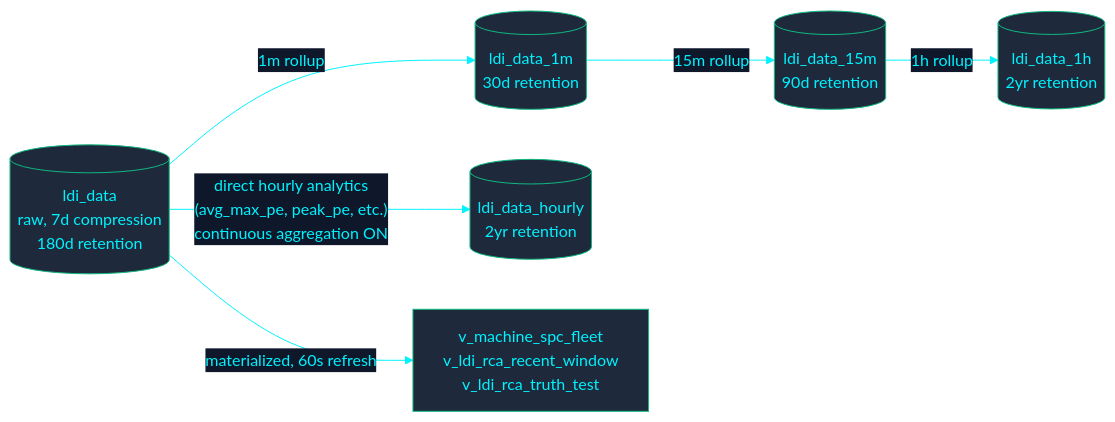
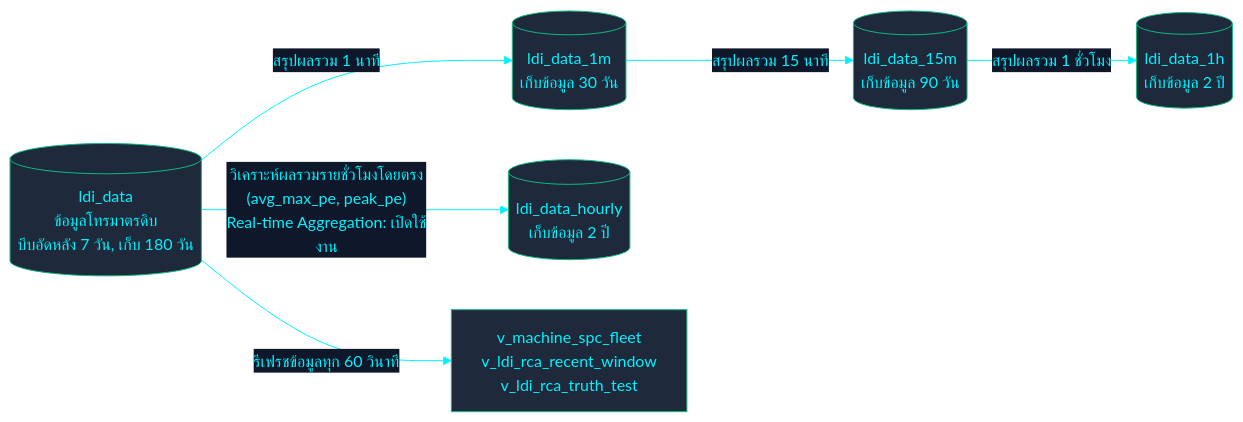
The second of 3 diagrams in th/docs/architecture/DATA_FLOW.md (PATTANAKORN025/IMS), drawn with Mermaid before and after one commit. The commit also changed other lines of this file and 29 other files, not shown here.

Commit message:
docs: elevate ADRs, data flow, DR playbooks, mock data, and update flag to Taiwan flag across en/th/zh-CN

````diff
--- a/th/docs/architecture/DATA_FLOW.md
+++ b/th/docs/architecture/DATA_FLOW.md
@@ -57,13 +171,23 @@
 ```mermaid
 %%{init: {'theme': 'base', 'themeVariables': { 'primaryColor': '#1e293b', 'primaryTextColor': '#00F2FE', 'primaryBorderColor': '#10B981', 'lineColor': '#00F2FE', 'secondaryColor': '#0f172a', 'tertiaryColor': '#0f172a', 'clusterBkg': '#030407', 'clusterBorder': '#00F2FE'}}}%%
 flowchart LR
- RAW[("ldi_data\nraw, 7d compression\n180d retention")]
+  RAW[("ldi_data
+ข้อมูลโทรมาตรดิบ
+บีบอัดหลัง 7 วัน, เก็บ 180 วัน")]
 
- RAW -->|"1m rollup"| M1[("ldi_data_1m\n30d retention")]
- M1 -->|"15m rollup"| M15[("ldi_data_15m\n90d retention")]
- M15 -->|"1h rollup"| M1H[("ldi_data_1h\n2yr retention")]
+  RAW -->|"สรุปผลรวม 1 นาที"| M1[("ldi_data_1m
+เก็บข้อมูล 30 วัน")]
+  M1 -->|"สรุปผลรวม 15 นาที"| M15[("ldi_data_15m
+เก็บข้อมูล 90 วัน")]
+  M15 -->|"สรุปผลรวม 1 ชั่วโมง"| M1H[("ldi_data_1h
+เก็บข้อมูล 2 ปี")]
 
- RAW -->|"direct hourly analytics\n(avg_max_pe, peak_pe, etc.)\ncontinuous aggregation ON"| MHOURLY[("ldi_data_hourly\n2yr retention")]
+  RAW -->|"วิเคราะห์ผลรวมรายชั่วโมงโดยตรง
+(avg_max_pe, peak_pe)
+Real-time Aggregation: เปิดใช้งาน"| MHOURLY[("ldi_data_hourly
+เก็บข้อมูล 2 ปี")]
 
- RAW -->|"materialized, 60s refresh"| SPCVIEW["v_machine_spc_fleet\nv_ldi_rca_recent_window\nv_ldi_rca_truth_test"]
+  RAW -->|"รีเฟรชข้อมูลทุก 60 วินาที"| SPC["v_machine_spc_fleet
+v_ldi_rca_recent_window
+v_ldi_rca_truth_test"]
 ```
````
